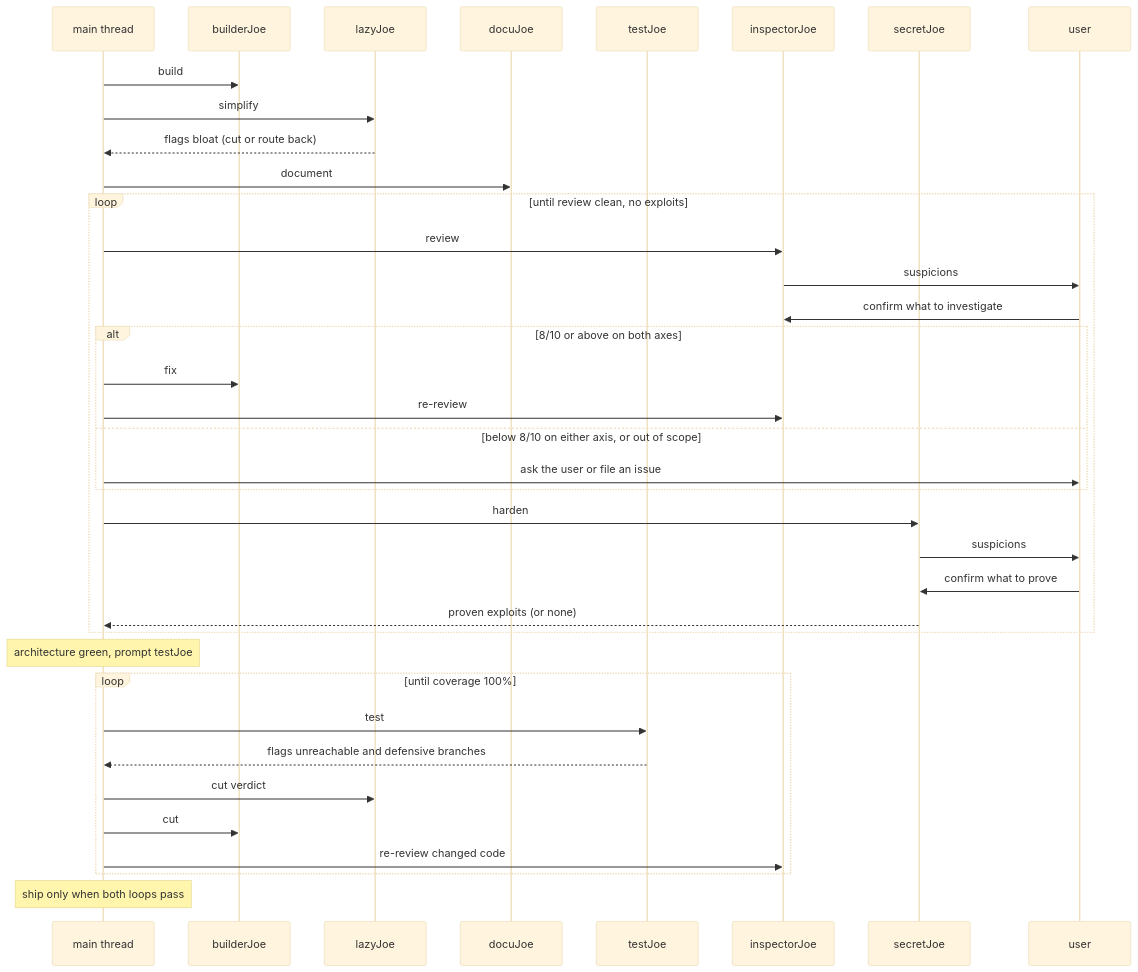
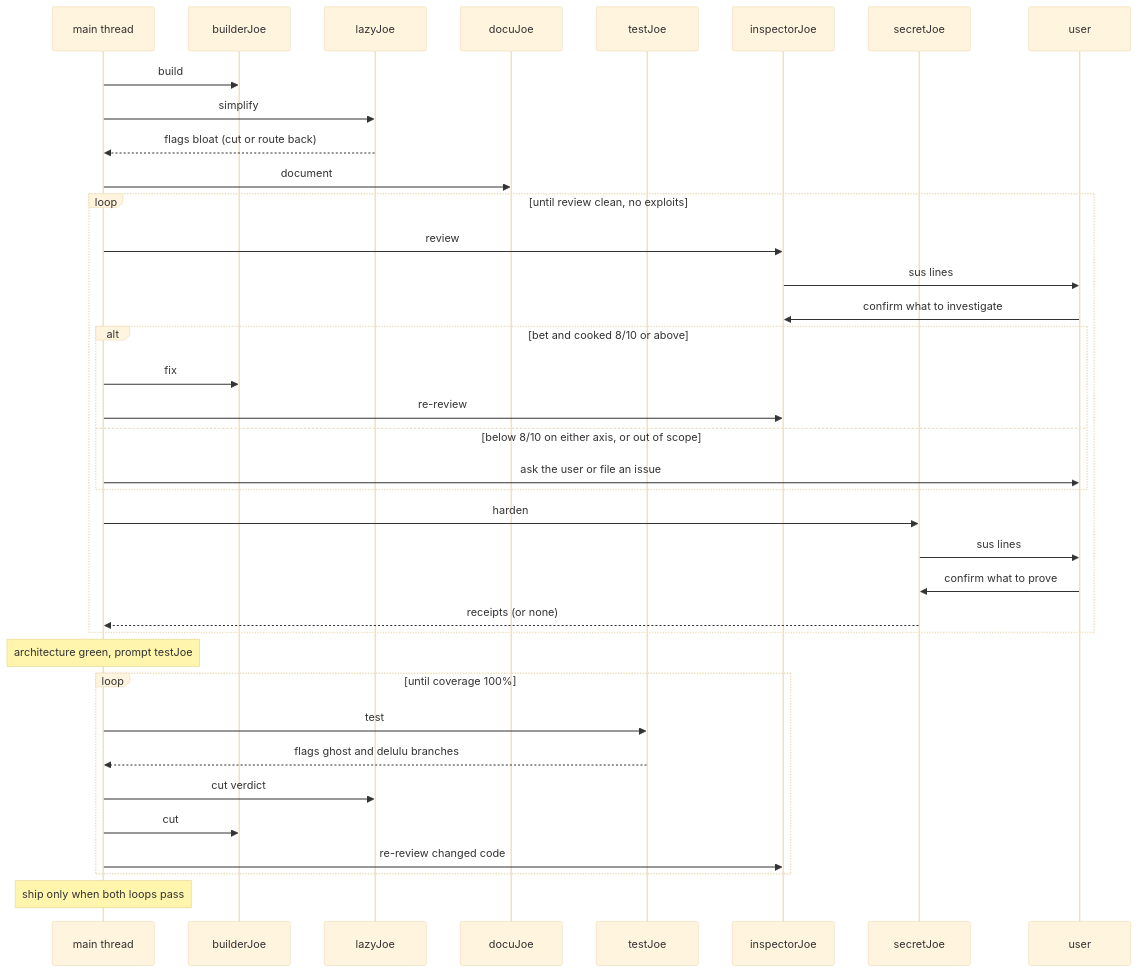
Before and after one commit to codingjoe/superjoe: the diagram in skills/superjoe/SKILL.md, drawn with Mermaid (base theme). The commit also changed other lines of this file and 8 other files, not shown here.

````diff
--- a/skills/superjoe/SKILL.md
+++ b/skills/superjoe/SKILL.md
@@ -152,40 +152,40 @@
 ```mermaid
 sequenceDiagram
     participant Main as main thread
     participant B as builderJoe
     participant L as lazyJoe
     participant D as docuJoe
     participant T as testJoe
     participant I as inspectorJoe
     participant S as secretJoe
     participant U as user
 
     Main->>B: build
     Main->>L: simplify
     L-->>Main: flags bloat (cut or route back)
     Main->>D: document
     loop until review clean, no exploits
         Main->>I: review
-        I->>U: suspicions
+        I->>U: sus lines
         U->>I: confirm what to investigate
-        alt 8/10 or above on both axes
+        alt bet and cooked 8/10 or above
             Main->>B: fix
             Main->>I: re-review
         else below 8/10 on either axis, or out of scope
             Main->>U: ask the user or file an issue
         end
         Main->>S: harden
-        S->>U: suspicions
+        S->>U: sus lines
         U->>S: confirm what to prove
-        S-->>Main: proven exploits (or none)
+        S-->>Main: receipts (or none)
     end
     Note over Main: architecture green, prompt testJoe
     loop until coverage 100%
         Main->>T: test
-        T-->>Main: flags unreachable and defensive branches
+        T-->>Main: flags ghost and delulu branches
         Main->>L: cut verdict
         Main->>B: cut
         Main->>I: re-review changed code
     end
     Note over Main: ship only when both loops pass
 ```
````
